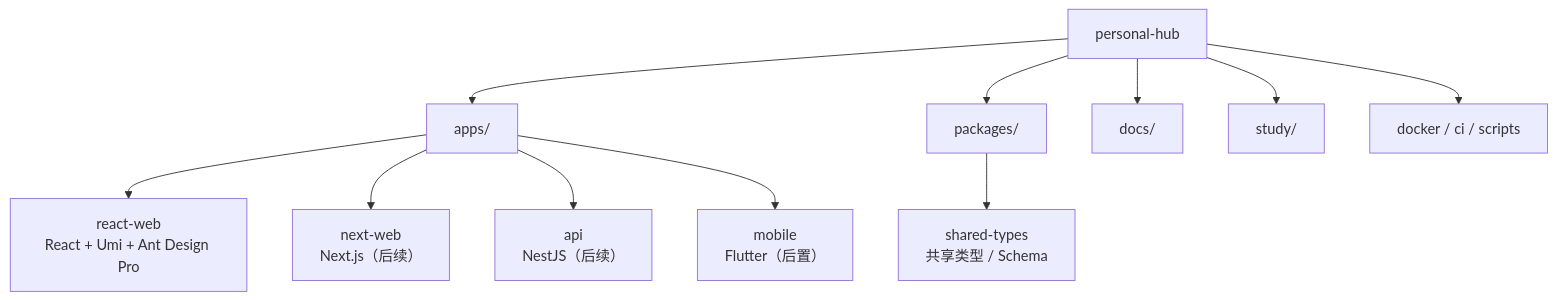
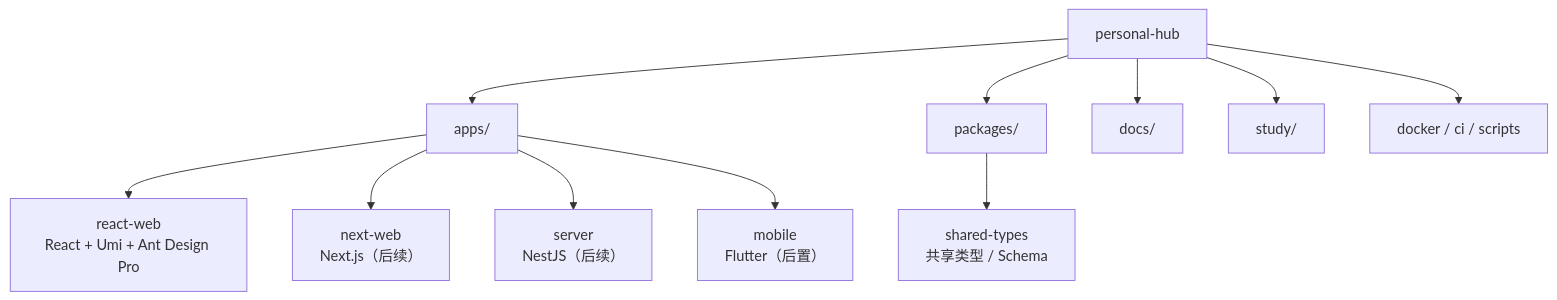
Before and after one commit to orangejava/personal-hub: the second of 10 diagrams in docs/foundation/architecture.md, drawn with Mermaid. The commit also changed other lines of this file and 47 other files, not shown here.

````diff
--- a/docs/foundation/architecture.md
+++ b/docs/foundation/architecture.md
@@ -47,16 +48,16 @@
 ```mermaid
 flowchart TD
     Root["personal-hub"]
     Root --> Apps["apps/"]
     Root --> Packages["packages/"]
     Root --> Docs["docs/"]
     Root --> Study["study/"]
     Root --> Infra["docker / ci / scripts"]
 
     Apps --> ReactWeb["react-web<br/>React + Umi + Ant Design Pro"]
     Apps --> NextWeb["next-web<br/>Next.js（后续）"]
-    Apps --> Api["api<br/>NestJS（后续）"]
+    Apps --> Server["server<br/>NestJS（后续）"]
     Apps --> Mobile["mobile<br/>Flutter（后置）"]
 
     Packages --> SharedTypes["shared-types<br/>共享类型 / Schema"]
 ```
````
